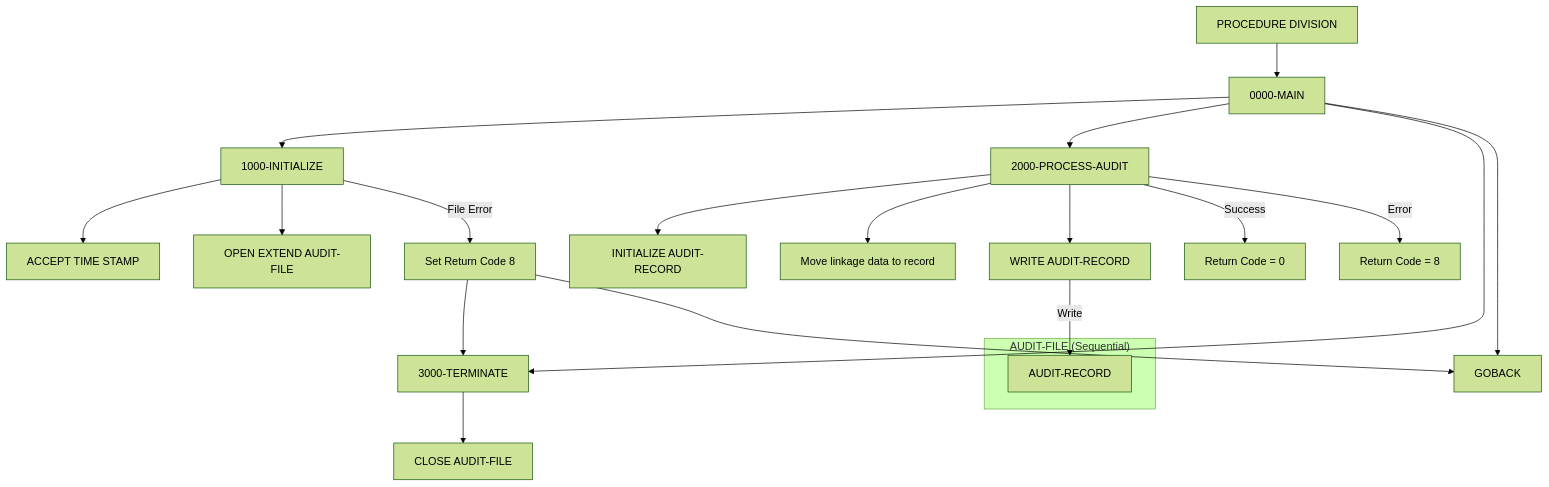
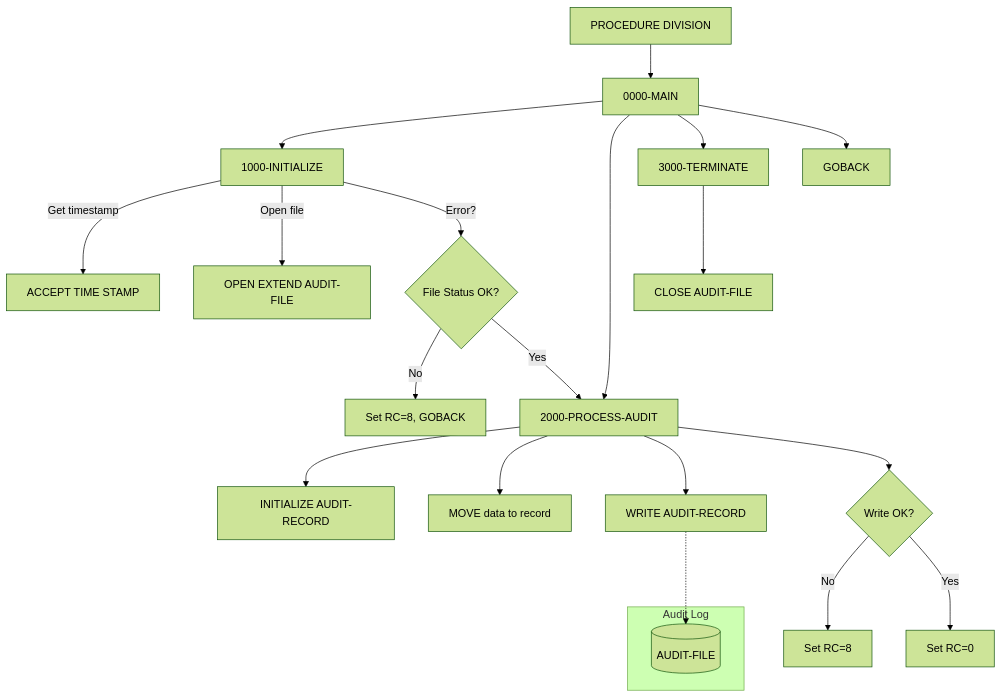
Before and after one commit to haladir-com/legacy-benchmark-docs-vb70e1: the diagram in docs/programs/AUDPROC.mdx, drawn with Mermaid (forest theme). The commit also changed other lines of this file and 64 other files, not shown here.

````diff
--- a/docs/programs/AUDPROC.mdx
+++ b/docs/programs/AUDPROC.mdx
@@ -19,28 +16,29 @@
 ```mermaid
 graph TD
     A[PROCEDURE DIVISION] --> B[0000-MAIN]
     B --> C[1000-INITIALIZE]
     B --> D[2000-PROCESS-AUDIT]
     B --> E[3000-TERMINATE]
     B --> F[GOBACK]
     
-    C --> C1[ACCEPT TIME STAMP]
-    C --> C2[OPEN EXTEND AUDIT-FILE]
-    C -->|File Error| C3[Set Return Code 8]
-    C3 --> E
-    C3 --> F
+    C -->|Get timestamp| G[ACCEPT TIME STAMP]
+    C -->|Open file| H[OPEN EXTEND AUDIT-FILE]
+    C -->|Error?| I{File Status OK?}
+    I -->|No| J[Set RC=8, GOBACK]
+    I -->|Yes| D
     
-    D --> D1[INITIALIZE AUDIT-RECORD]
-    D --> D2[Move linkage data to record]
-    D --> D3[WRITE AUDIT-RECORD]
-    D -->|Success| D4[Return Code = 0]
-    D -->|Error| D5[Return Code = 8]
+    D --> K[INITIALIZE AUDIT-RECORD]
+    D --> L[MOVE data to record]
+    D --> M[WRITE AUDIT-RECORD]
+    D --> N{Write OK?}
+    N -->|No| O[Set RC=8]
+    N -->|Yes| P[Set RC=0]
     
-    E --> E1[CLOSE AUDIT-FILE]
+    E --> Q[CLOSE AUDIT-FILE]
     
-    subgraph "AUDIT-FILE (Sequential)"
-        G[AUDIT-RECORD]
+    subgraph "Audit Log"
+        R[(AUDIT-FILE)]
     end
     
-    D3 -->|Write| G
+    M -.-> R
 ```
````
